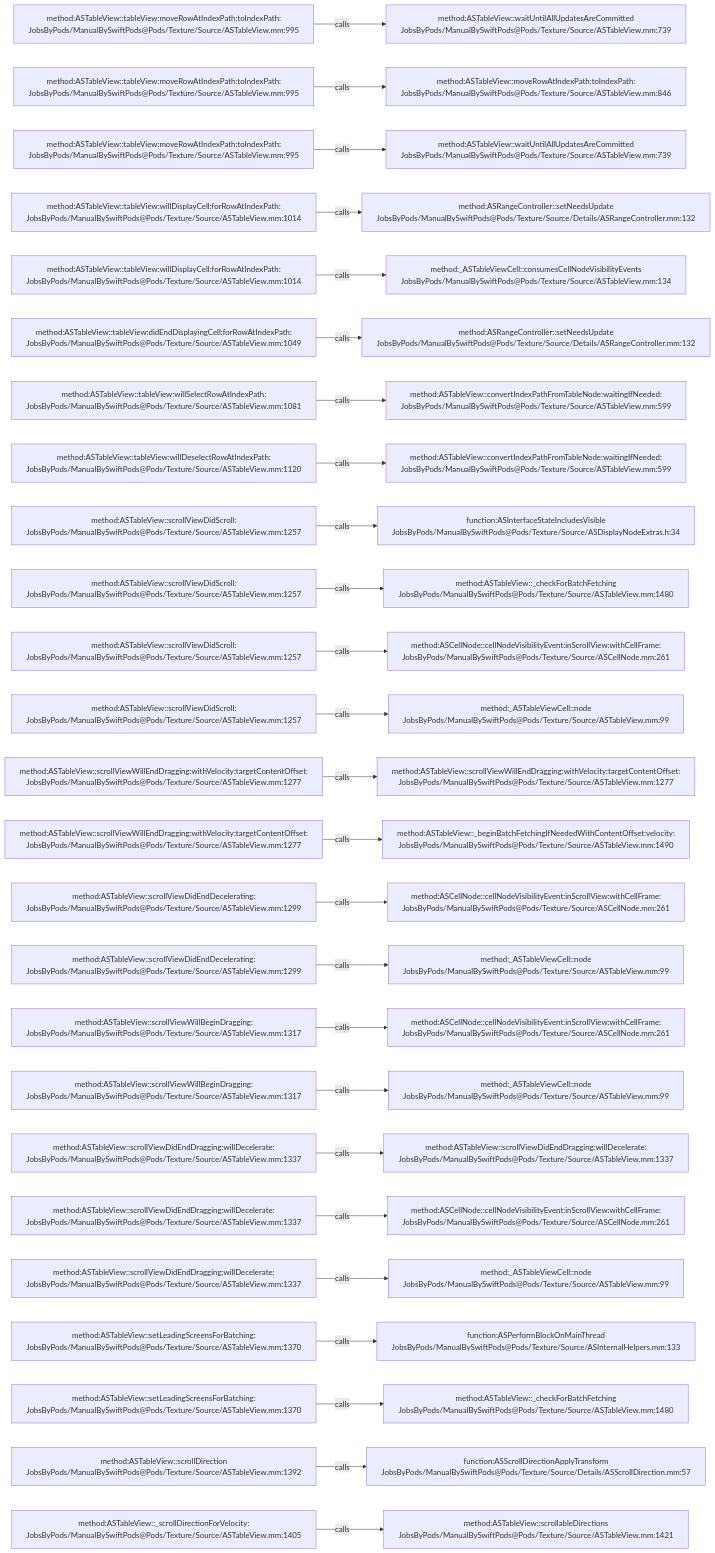
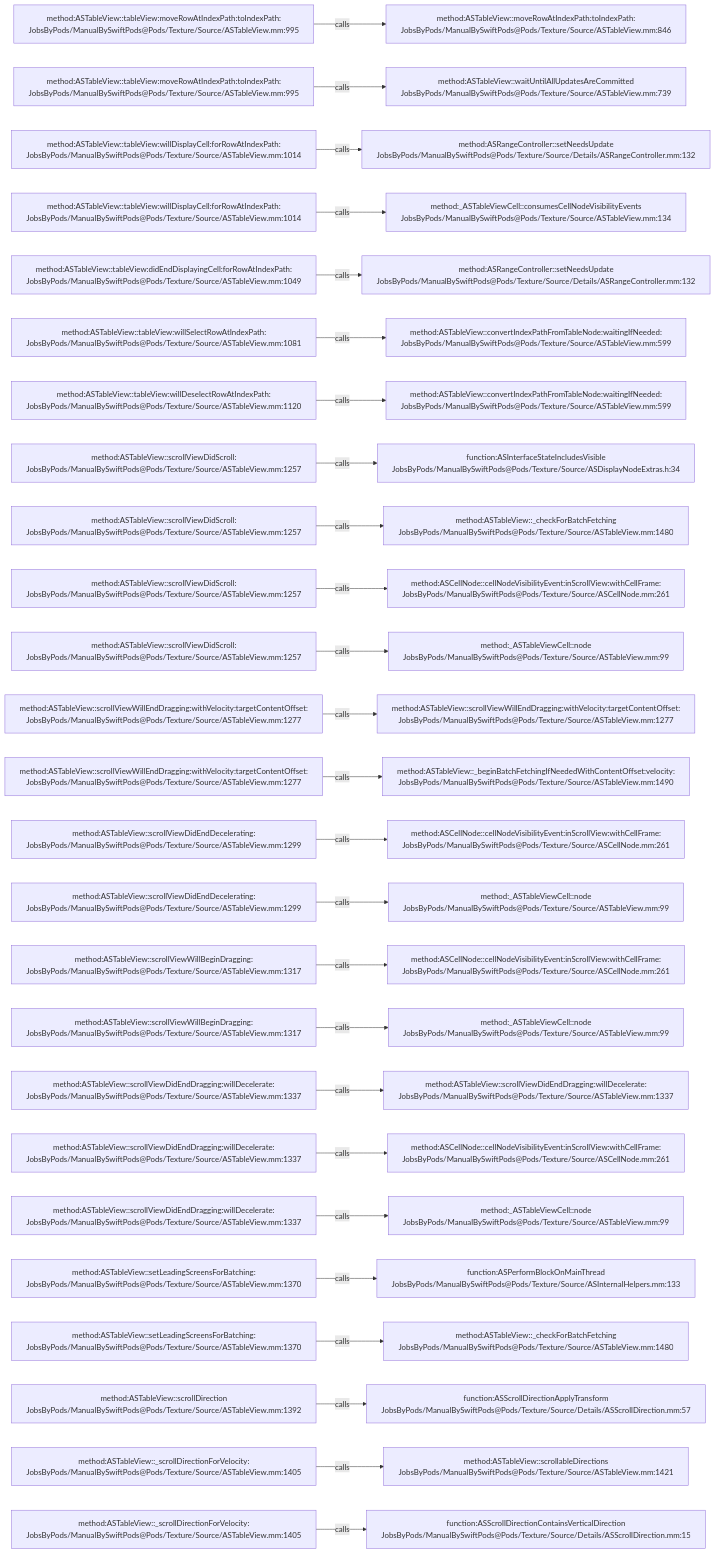
The diagram in .codegraph/codegraph.md/graphs/calls-061.md (JobsKits/JobsSwiftBaseConfigDemo), drawn with Mermaid before and after one commit. The commit also changed 747 other files, not shown here.

````diff
--- a/.codegraph/codegraph.md/graphs/calls-061.md
+++ b/.codegraph/codegraph.md/graphs/calls-061.md
@@ -13,78 +13,78 @@
 ```mermaid
 flowchart LR
   S1["method:ASTableView::tableView:moveRowAtIndexPath:toIndexPath:<br/>JobsByPods/ManualBySwiftPods@Pods/Texture/Source/ASTableView.mm:995"]
-  T1["method:ASTableView::waitUntilAllUpdatesAreCommitted<br/>JobsByPods/ManualBySwiftPods@Pods/Texture/Source/ASTableView.mm:739"]
+  T1["method:ASTableView::moveRowAtIndexPath:toIndexPath:<br/>JobsByPods/ManualBySwiftPods@Pods/Texture/Source/ASTableView.mm:846"]
   S1 -->|calls| T1
   S2["method:ASTableView::tableView:moveRowAtIndexPath:toIndexPath:<br/>JobsByPods/ManualBySwiftPods@Pods/Texture/Source/ASTableView.mm:995"]
-  T2["method:ASTableView::moveRowAtIndexPath:toIndexPath:<br/>JobsByPods/ManualBySwiftPods@Pods/Texture/Source/ASTableView.mm:846"]
+  T2["method:ASTableView::waitUntilAllUpdatesAreCommitted<br/>JobsByPods/ManualBySwiftPods@Pods/Texture/Source/ASTableView.mm:739"]
   S2 -->|calls| T2
-  S3["method:ASTableView::tableView:moveRowAtIndexPath:toIndexPath:<br/>JobsByPods/ManualBySwiftPods@Pods/Texture/Source/ASTableView.mm:995"]
-  T3["method:ASTableView::waitUntilAllUpdatesAreCommitted<br/>JobsByPods/ManualBySwiftPods@Pods/Texture/Source/ASTableView.mm:739"]
+  S3["method:ASTableView::tableView:willDisplayCell:forRowAtIndexPath:<br/>JobsByPods/ManualBySwiftPods@Pods/Texture/Source/ASTableView.mm:1014"]
+  T3["method:ASRangeController::setNeedsUpdate<br/>JobsByPods/ManualBySwiftPods@Pods/Texture/Source/Details/ASRangeController.mm:132"]
   S3 -->|calls| T3
   S4["method:ASTableView::tableView:willDisplayCell:forRowAtIndexPath:<br/>JobsByPods/ManualBySwiftPods@Pods/Texture/Source/ASTableView.mm:1014"]
-  T4["method:ASRangeController::setNeedsUpdate<br/>JobsByPods/ManualBySwiftPods@Pods/Texture/Source/Details/ASRangeController.mm:132"]
+  T4["method:_ASTableViewCell::consumesCellNodeVisibilityEvents<br/>JobsByPods/ManualBySwiftPods@Pods/Texture/Source/ASTableView.mm:134"]
   S4 -->|calls| T4
-  S5["method:ASTableView::tableView:willDisplayCell:forRowAtIndexPath:<br/>JobsByPods/ManualBySwiftPods@Pods/Texture/Source/ASTableView.mm:1014"]
-  T5["method:_ASTableViewCell::consumesCellNodeVisibilityEvents<br/>JobsByPods/ManualBySwiftPods@Pods/Texture/Source/ASTableView.mm:134"]
+  S5["method:ASTableView::tableView:didEndDisplayingCell:forRowAtIndexPath:<br/>JobsByPods/ManualBySwiftPods@Pods/Texture/Source/ASTableView.mm:1049"]
+  T5["method:ASRangeController::setNeedsUpdate<br/>JobsByPods/ManualBySwiftPods@Pods/Texture/Source/Details/ASRangeController.mm:132"]
   S5 -->|calls| T5
-  S6["method:ASTableView::tableView:didEndDisplayingCell:forRowAtIndexPath:<br/>JobsByPods/ManualBySwiftPods@Pods/Texture/Source/ASTableView.mm:1049"]
-  T6["method:ASRangeController::setNeedsUpdate<br/>JobsByPods/ManualBySwiftPods@Pods/Texture/Source/Details/ASRangeController.mm:132"]
+  S6["method:ASTableView::tableView:willSelectRowAtIndexPath:<br/>JobsByPods/ManualBySwiftPods@Pods/Texture/Source/ASTableView.mm:1081"]
+  T6["method:ASTableView::convertIndexPathFromTableNode:waitingIfNeeded:<br/>JobsByPods/ManualBySwiftPods@Pods/Texture/Source/ASTableView.mm:599"]
   S6 -->|calls| T6
-  S7["method:ASTableView::tableView:willSelectRowAtIndexPath:<br/>JobsByPods/ManualBySwiftPods@Pods/Texture/Source/ASTableView.mm:1081"]
+  S7["method:ASTableView::tableView:willDeselectRowAtIndexPath:<br/>JobsByPods/ManualBySwiftPods@Pods/Texture/Source/ASTableView.mm:1120"]
   T7["method:ASTableView::convertIndexPathFromTableNode:waitingIfNeeded:<br/>JobsByPods/ManualBySwiftPods@Pods/Texture/Source/ASTableView.mm:599"]
   S7 -->|calls| T7
-  S8["method:ASTableView::tableView:willDeselectRowAtIndexPath:<br/>JobsByPods/ManualBySwiftPods@Pods/Texture/Source/ASTableView.mm:1120"]
-  T8["method:ASTableView::convertIndexPathFromTableNode:waitingIfNeeded:<br/>JobsByPods/ManualBySwiftPods@Pods/Texture/Source/ASTableView.mm:599"]
+  S8["method:ASTableView::scrollViewDidScroll:<br/>JobsByPods/ManualBySwiftPods@Pods/Texture/Source/ASTableView.mm:1257"]
+  T8["function:ASInterfaceStateIncludesVisible<br/>JobsByPods/ManualBySwiftPods@Pods/Texture/Source/ASDisplayNodeExtras.h:34"]
   S8 -->|calls| T8
   S9["method:ASTableView::scrollViewDidScroll:<br/>JobsByPods/ManualBySwiftPods@Pods/Texture/Source/ASTableView.mm:1257"]
-  T9["function:ASInterfaceStateIncludesVisible<br/>JobsByPods/ManualBySwiftPods@Pods/Texture/Source/ASDisplayNodeExtras.h:34"]
+  T9["method:ASTableView::_checkForBatchFetching<br/>JobsByPods/ManualBySwiftPods@Pods/Texture/Source/ASTableView.mm:1480"]
   S9 -->|calls| T9
   S10["method:ASTableView::scrollViewDidScroll:<br/>JobsByPods/ManualBySwiftPods@Pods/Texture/Source/ASTableView.mm:1257"]
-  T10["method:ASTableView::_checkForBatchFetching<br/>JobsByPods/ManualBySwiftPods@Pods/Texture/Source/ASTableView.mm:1480"]
+  T10["method:ASCellNode::cellNodeVisibilityEvent:inScrollView:withCellFrame:<br/>JobsByPods/ManualBySwiftPods@Pods/Texture/Source/ASCellNode.mm:261"]
   S10 -->|calls| T10
   S11["method:ASTableView::scrollViewDidScroll:<br/>JobsByPods/ManualBySwiftPods@Pods/Texture/Source/ASTableView.mm:1257"]
-  T11["method:ASCellNode::cellNodeVisibilityEvent:inScrollView:withCellFrame:<br/>JobsByPods/ManualBySwiftPods@Pods/Texture/Source/ASCellNode.mm:261"]
+  T11["method:_ASTableViewCell::node<br/>JobsByPods/ManualBySwiftPods@Pods/Texture/Source/ASTableView.mm:99"]
   S11 -->|calls| T11
-  S12["method:ASTableView::scrollViewDidScroll:<br/>JobsByPods/ManualBySwiftPods@Pods/Texture/Source/ASTableView.mm:1257"]
-  T12["method:_ASTableViewCell::node<br/>JobsByPods/ManualBySwiftPods@Pods/Texture/Source/ASTableView.mm:99"]
+  S12["method:ASTableView::scrollViewWillEndDragging:withVelocity:targetContentOffset:<br/>JobsByPods/ManualBySwiftPods@Pods/Texture/Source/ASTableView.mm:1277"]
+  T12["method:ASTableView::scrollViewWillEndDragging:withVelocity:targetContentOffset:<br/>JobsByPods/ManualBySwiftPods@Pods/Texture/Source/ASTableView.mm:1277"]
   S12 -->|calls| T12
   S13["method:ASTableView::scrollViewWillEndDragging:withVelocity:targetContentOffset:<br/>JobsByPods/ManualBySwiftPods@Pods/Texture/Source/ASTableView.mm:1277"]
-  T13["method:ASTableView::scrollViewWillEndDragging:withVelocity:targetContentOffset:<br/>JobsByPods/ManualBySwiftPods@Pods/Texture/Source/ASTableView.mm:1277"]
+  T13["method:ASTableView::_beginBatchFetchingIfNeededWithContentOffset:velocity:<br/>JobsByPods/ManualBySwiftPods@Pods/Texture/Source/ASTableView.mm:1490"]
   S13 -->|calls| T13
-  S14["method:ASTableView::scrollViewWillEndDragging:withVelocity:targetContentOffset:<br/>JobsByPods/ManualBySwiftPods@Pods/Texture/Source/ASTableView.mm:1277"]
-  T14["method:ASTableView::_beginBatchFetchingIfNeededWithContentOffset:velocity:<br/>JobsByPods/ManualBySwiftPods@Pods/Texture/Source/ASTableView.mm:1490"]
+  S14["method:ASTableView::scrollViewDidEndDecelerating:<br/>JobsByPods/ManualBySwiftPods@Pods/Texture/Source/ASTableView.mm:1299"]
+  T14["method:ASCellNode::cellNodeVisibilityEvent:inScrollView:withCellFrame:<br/>JobsByPods/ManualBySwiftPods@Pods/Texture/Source/ASCellNode.mm:261"]
   S14 -->|calls| T14
   S15["method:ASTableView::scrollViewDidEndDecelerating:<br/>JobsByPods/ManualBySwiftPods@Pods/Texture/Source/ASTableView.mm:1299"]
-  T15["method:ASCellNode::cellNodeVisibilityEvent:inScrollView:withCellFrame:<br/>JobsByPods/ManualBySwiftPods@Pods/Texture/Source/ASCellNode.mm:261"]
+  T15["method:_ASTableViewCell::node<br/>JobsByPods/ManualBySwiftPods@Pods/Texture/Source/ASTableView.mm:99"]
   S15 -->|calls| T15
-  S16["method:ASTableView::scrollViewDidEndDecelerating:<br/>JobsByPods/ManualBySwiftPods@Pods/Texture/Source/ASTableView.mm:1299"]
-  T16["method:_ASTableViewCell::node<br/>JobsByPods/ManualBySwiftPods@Pods/Texture/Source/ASTableView.mm:99"]
+  S16["method:ASTableView::scrollViewWillBeginDragging:<br/>JobsByPods/ManualBySwiftPods@Pods/Texture/Source/ASTableView.mm:1317"]
+  T16["method:ASCellNode::cellNodeVisibilityEvent:inScrollView:withCellFrame:<br/>JobsByPods/ManualBySwiftPods@Pods/Texture/Source/ASCellNode.mm:261"]
   S16 -->|calls| T16
   S17["method:ASTableView::scrollViewWillBeginDragging:<br/>JobsByPods/ManualBySwiftPods@Pods/Texture/Source/ASTableView.mm:1317"]
-  T17["method:ASCellNode::cellNodeVisibilityEvent:inScrollView:withCellFrame:<br/>JobsByPods/ManualBySwiftPods@Pods/Texture/Source/ASCellNode.mm:261"]
+  T17["method:_ASTableViewCell::node<br/>JobsByPods/ManualBySwiftPods@Pods/Texture/Source/ASTableView.mm:99"]
   S17 -->|calls| T17
-  S18["method:ASTableView::scrollViewWillBeginDragging:<br/>JobsByPods/ManualBySwiftPods@Pods/Texture/Source/ASTableView.mm:1317"]
-  T18["method:_ASTableViewCell::node<br/>JobsByPods/ManualBySwiftPods@Pods/Texture/Source/ASTableView.mm:99"]
+  S18["method:ASTableView::scrollViewDidEndDragging:willDecelerate:<br/>JobsByPods/ManualBySwiftPods@Pods/Texture/Source/ASTableView.mm:1337"]
+  T18["method:ASTableView::scrollViewDidEndDragging:willDecelerate:<br/>JobsByPods/ManualBySwiftPods@Pods/Texture/Source/ASTableView.mm:1337"]
   S18 -->|calls| T18
   S19["method:ASTableView::scrollViewDidEndDragging:willDecelerate:<br/>JobsByPods/ManualBySwiftPods@Pods/Texture/Source/ASTableView.mm:1337"]
-  T19["method:ASTableView::scrollViewDidEndDragging:willDecelerate:<br/>JobsByPods/ManualBySwiftPods@Pods/Texture/Source/ASTableView.mm:1337"]
+  T19["method:ASCellNode::cellNodeVisibilityEvent:inScrollView:withCellFrame:<br/>JobsByPods/ManualBySwiftPods@Pods/Texture/Source/ASCellNode.mm:261"]
   S19 -->|calls| T19
   S20["method:ASTableView::scrollViewDidEndDragging:willDecelerate:<br/>JobsByPods/ManualBySwiftPods@Pods/Texture/Source/ASTableView.mm:1337"]
-  T20["method:ASCellNode::cellNodeVisibilityEvent:inScrollView:withCellFrame:<br/>JobsByPods/ManualBySwiftPods@Pods/Texture/Source/ASCellNode.mm:261"]
+  T20["method:_ASTableViewCell::node<br/>JobsByPods/ManualBySwiftPods@Pods/Texture/Source/ASTableView.mm:99"]
   S20 -->|calls| T20
-  S21["method:ASTableView::scrollViewDidEndDragging:willDecelerate:<br/>JobsByPods/ManualBySwiftPods@Pods/Texture/Source/ASTableView.mm:1337"]
-  T21["method:_ASTableViewCell::node<br/>JobsByPods/ManualBySwiftPods@Pods/Texture/Source/ASTableView.mm:99"]
+  S21["method:ASTableView::setLeadingScreensForBatching:<br/>JobsByPods/ManualBySwiftPods@Pods/Texture/Source/ASTableView.mm:1370"]
+  T21["function:ASPerformBlockOnMainThread<br/>JobsByPods/ManualBySwiftPods@Pods/Texture/Source/ASInternalHelpers.mm:133"]
   S21 -->|calls| T21
   S22["method:ASTableView::setLeadingScreensForBatching:<br/>JobsByPods/ManualBySwiftPods@Pods/Texture/Source/ASTableView.mm:1370"]
-  T22["function:ASPerformBlockOnMainThread<br/>JobsByPods/ManualBySwiftPods@Pods/Texture/Source/ASInternalHelpers.mm:133"]
+  T22["method:ASTableView::_checkForBatchFetching<br/>JobsByPods/ManualBySwiftPods@Pods/Texture/Source/ASTableView.mm:1480"]
   S22 -->|calls| T22
-  S23["method:ASTableView::setLeadingScreensForBatching:<br/>JobsByPods/ManualBySwiftPods@Pods/Texture/Source/ASTableView.mm:1370"]
-  T23["method:ASTableView::_checkForBatchFetching<br/>JobsByPods/ManualBySwiftPods@Pods/Texture/Source/ASTableView.mm:1480"]
+  S23["method:ASTableView::scrollDirection<br/>JobsByPods/ManualBySwiftPods@Pods/Texture/Source/ASTableView.mm:1392"]
+  T23["function:ASScrollDirectionApplyTransform<br/>JobsByPods/ManualBySwiftPods@Pods/Texture/Source/Details/ASScrollDirection.mm:57"]
   S23 -->|calls| T23
-  S24["method:ASTableView::scrollDirection<br/>JobsByPods/ManualBySwiftPods@Pods/Texture/Source/ASTableView.mm:1392"]
-  T24["function:ASScrollDirectionApplyTransform<br/>JobsByPods/ManualBySwiftPods@Pods/Texture/Source/Details/ASScrollDirection.mm:57"]
+  S24["method:ASTableView::_scrollDirectionForVelocity:<br/>JobsByPods/ManualBySwiftPods@Pods/Texture/Source/ASTableView.mm:1405"]
+  T24["method:ASTableView::scrollableDirections<br/>JobsByPods/ManualBySwiftPods@Pods/Texture/Source/ASTableView.mm:1421"]
   S24 -->|calls| T24
   S25["method:ASTableView::_scrollDirectionForVelocity:<br/>JobsByPods/ManualBySwiftPods@Pods/Texture/Source/ASTableView.mm:1405"]
-  T25["method:ASTableView::scrollableDirections<br/>JobsByPods/ManualBySwiftPods@Pods/Texture/Source/ASTableView.mm:1421"]
+  T25["function:ASScrollDirectionContainsVerticalDirection<br/>JobsByPods/ManualBySwiftPods@Pods/Texture/Source/Details/ASScrollDirection.mm:15"]
   S25 -->|calls| T25
 ```
````
